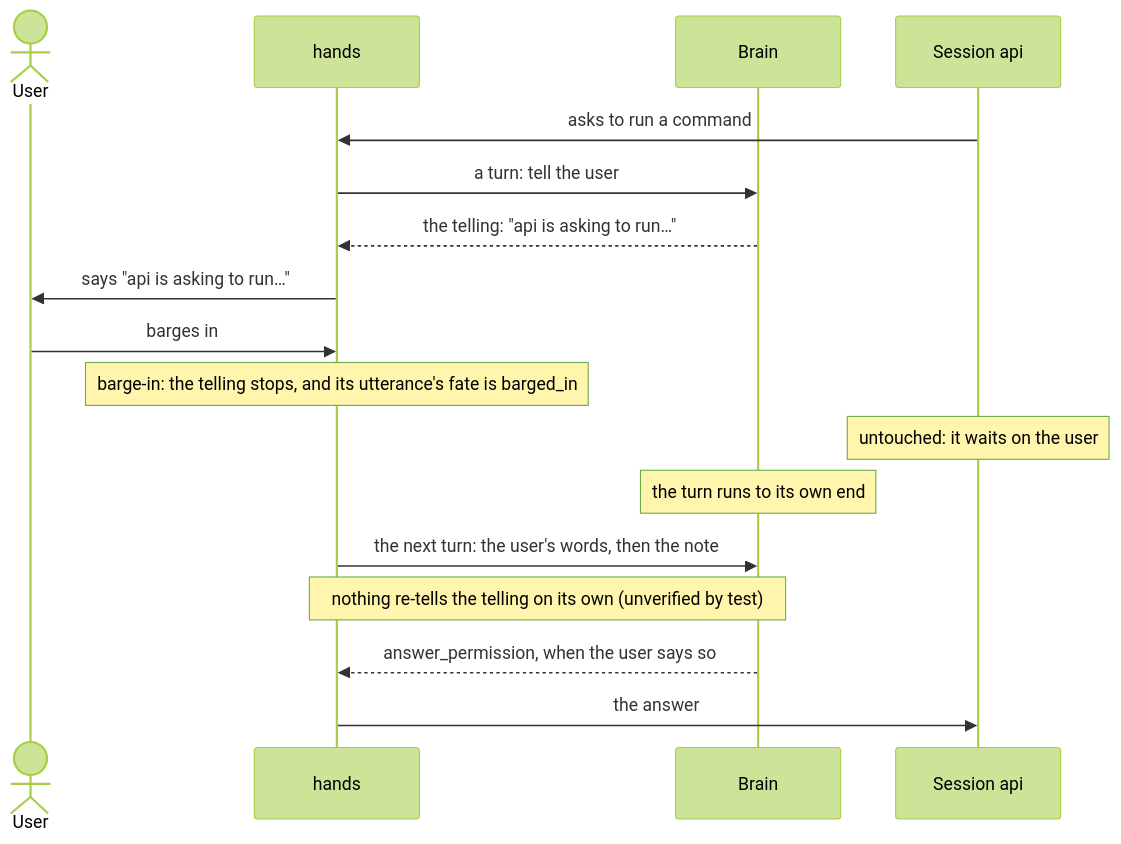
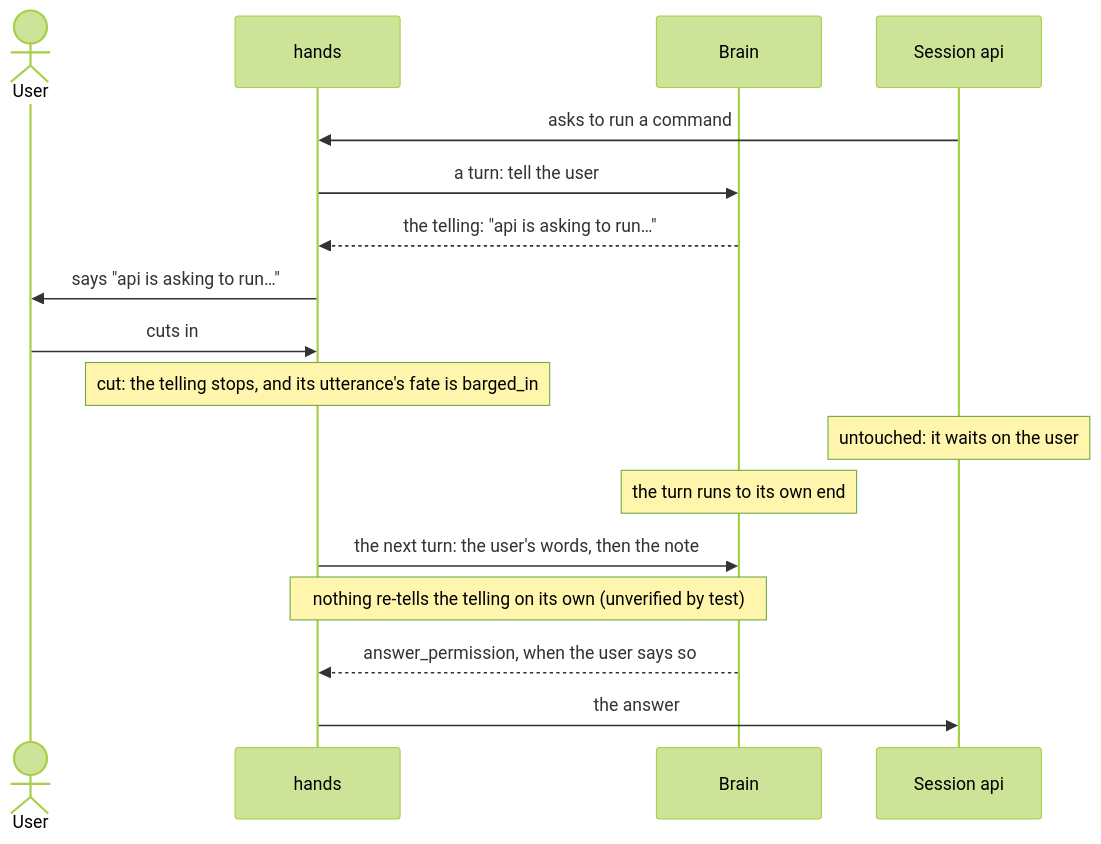
Before and after one commit to promptctl/cc-hands: the sixth of 7 diagrams in docs/barge-in.md, drawn with Mermaid (forest theme). The commit also changed other lines of this file and 16 other files, not shown here.

Commit message:
barge-in, wire: prose that needed no new term keeps its original wording (promptctl-vocabulary-5uk4.2g1)

````diff
--- a/docs/barge-in.md
+++ b/docs/barge-in.md
@@ -327,19 +328,19 @@
 ```mermaid
 sequenceDiagram
     actor U as User
     participant H as hands
     participant B as Brain
     participant S as Session api
     S->>H: asks to run a command
     H->>B: a turn: tell the user
     B-->>H: the telling: "api is asking to run…"
     H->>U: says "api is asking to run…"
-    U->>H: barges in
-    Note over H: barge-in: the telling stops, and its utterance's fate is barged_in
+    U->>H: cuts in
+    Note over H: cut: the telling stops, and its utterance's fate is barged_in
     Note over S: untouched: it waits on the user
     Note over B: the turn runs to its own end
     H->>B: the next turn: the user's words, then the note
     Note over H,B: nothing re-tells the telling on its own (unverified by test)
     B-->>H: answer_permission, when the user says so
     H->>S: the answer
 ```
````
